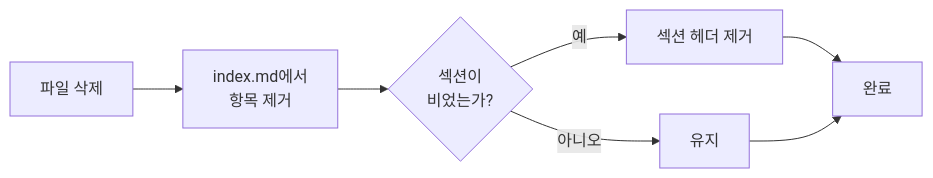
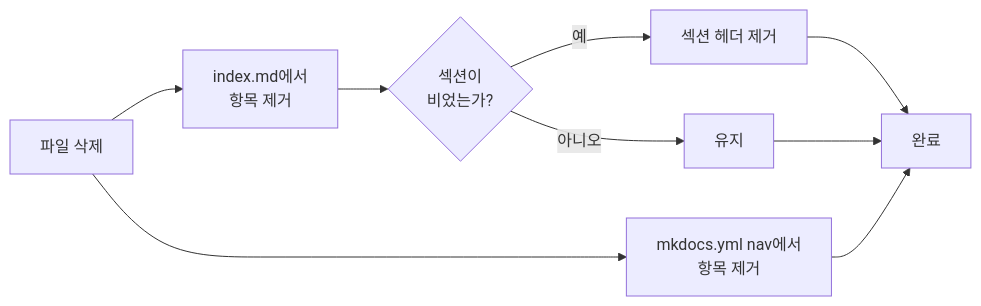
One commit to icarus-inte01/wiki changed the fourth of 8 diagrams in docs/projects/wiki-mcp.md. Above: the diagram before and after it, drawn with Mermaid. The commit also changed other lines of this file, not shown here.

First line of the commit message:
docs: update wiki-mcp design doc with mkdocs.yml nav management

````diff
--- a/docs/projects/wiki-mcp.md
+++ b/docs/projects/wiki-mcp.md
@@ -181,9 +183,10 @@
 ```mermaid
 flowchart LR
     A["파일 삭제"] --> B["index.md에서<br/>항목 제거"]
-    B --> C{"섹션이<br/>비었는가?"}
-    C -->|예| D["섹션 헤더 제거"]
-    C -->|아니오| E["유지"]
-    D --> F["완료"]
-    E --> F
+    A --> C["mkdocs.yml nav에서<br/>항목 제거"]
+    B --> D{"섹션이<br/>비었는가?"}
+    D -->|예| E["섹션 헤더 제거"]
+    D -->|아니오| F["유지"]
+    E & F --> G["완료"]
+    C --> G
 ```
````
